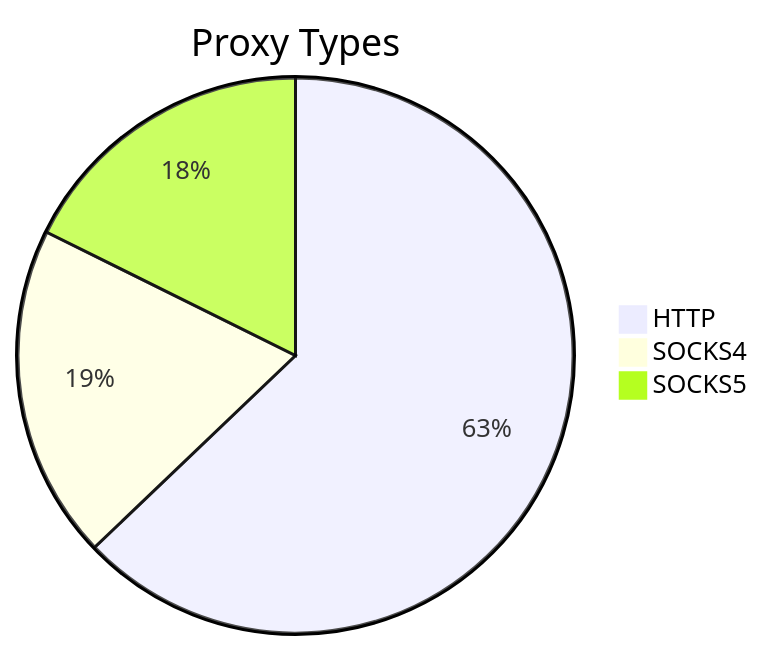
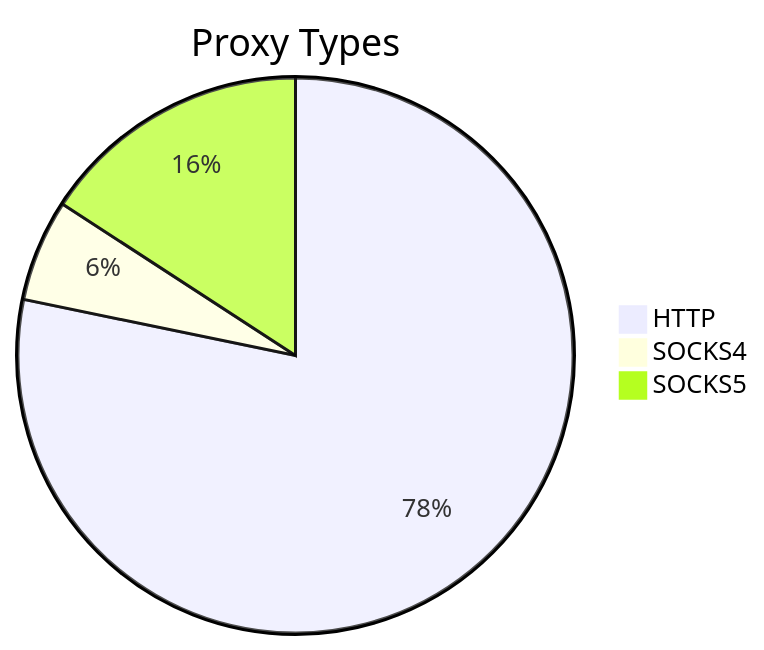
Before and after one commit to stormsia/proxy-list: the first of 2 diagrams in README.md, drawn with Mermaid. The commit also changed other lines of this file, not shown here.

````diff
--- a/README.md
+++ b/README.md
@@ -21,6 +21,6 @@
 ```mermaid
 pie title Proxy Types
-    "HTTP" : 281
-    "SOCKS4" : 87
-    "SOCKS5" : 79
+    "HTTP" : 356
+    "SOCKS4" : 27
+    "SOCKS5" : 72
 ```
````
